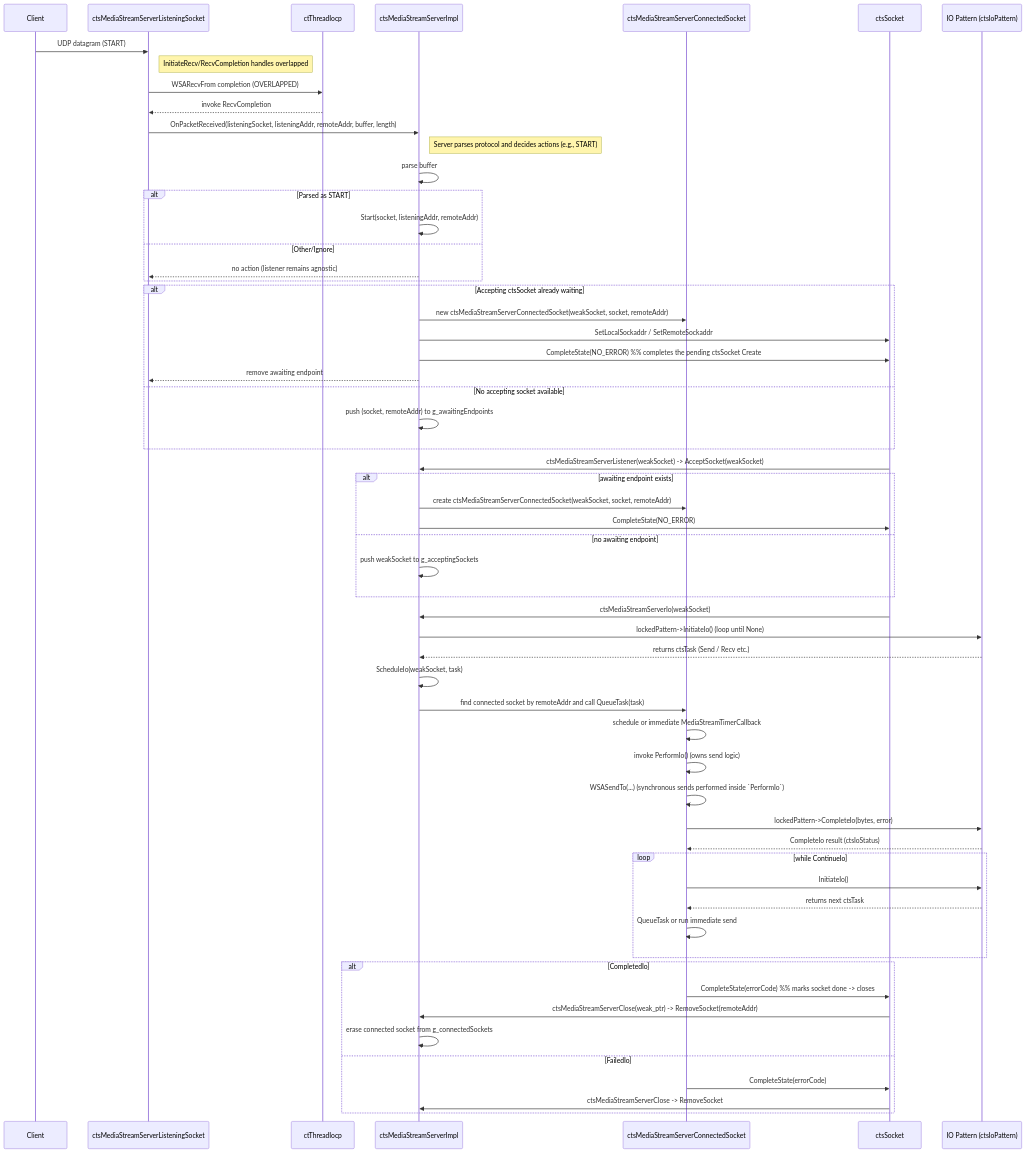
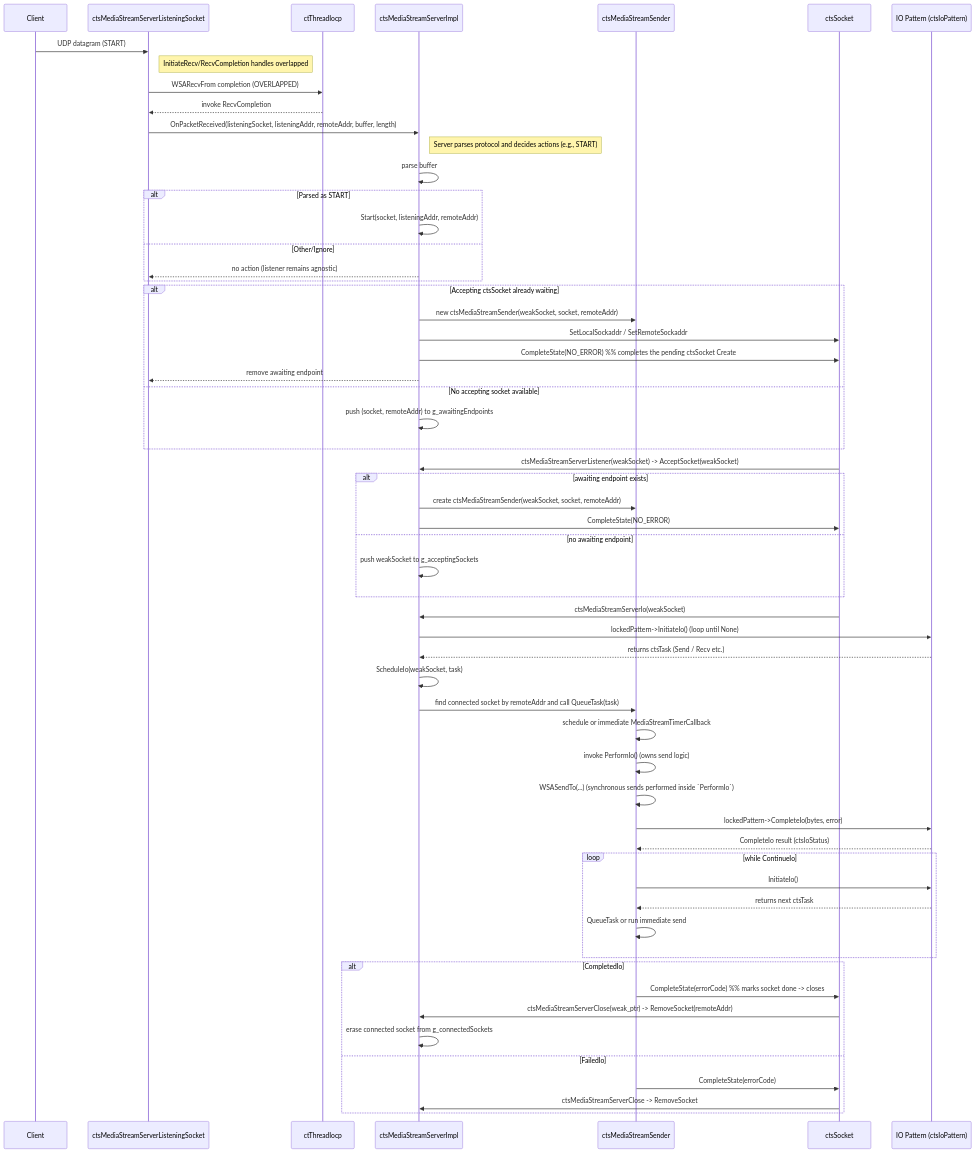
Before and after one commit to Alan-Jowett/ctsTraffic: the diagram in docs/ctsMediaStream_interactions.md, drawn with Mermaid. The commit also changed other lines of this file and 14 other files, not shown here.

````diff
--- a/docs/ctsMediaStream_interactions.md
+++ b/docs/ctsMediaStream_interactions.md
@@ -8,75 +8,75 @@
 ```mermaid
 sequenceDiagram
     participant Client
     participant Listener as ctsMediaStreamServerListeningSocket
     participant IOCP as ctThreadIocp
     participant Server as ctsMediaStreamServerImpl
-    participant Connected as ctsMediaStreamServerConnectedSocket
+    participant Connected as ctsMediaStreamSender
     participant ctsSocket as ctsSocket
     participant Pattern as IO Pattern (ctsIoPattern)
 
     %% Client -> Listening socket
     Client->>Listener: UDP datagram (START)
     Note right of Listener: InitiateRecv/RecvCompletion handles overlapped
     Listener->>IOCP: WSARecvFrom completion (OVERLAPPED)
     IOCP-->>Listener: invoke RecvCompletion
 
     %% ListeningSocket forwards raw packet to server (listener is protocol-agnostic)
     Listener->>Server: OnPacketReceived(listeningSocket, listeningAddr, remoteAddr, buffer, length)
     Note right of Server: Server parses protocol and decides actions (e.g., START)
 
     %% Server parsing -> decide action
     Server->>Server: parse buffer
     alt Parsed as START
       Server->>Server: Start(socket, listeningAddr, remoteAddr)
     else Other/Ignore
       Server-->>Listener: no action (listener remains agnostic)
     end
 
     alt Accepting ctsSocket already waiting
-      Server->>Connected: new ctsMediaStreamServerConnectedSocket(weakSocket, socket, remoteAddr)
+      Server->>Connected: new ctsMediaStreamSender(weakSocket, socket, remoteAddr)
         Server->>ctsSocket: SetLocalSockaddr / SetRemoteSockaddr
         Server->>ctsSocket: CompleteState(NO_ERROR)  %% completes the pending ctsSocket Create
         Server-->>Listener: remove awaiting endpoint
     else No accepting socket available
         Server->>Server: push (socket, remoteAddr) to g_awaitingEndpoints
     end
 
     %% ctsSocket actively asks to accept later
     ctsSocket->>Server: ctsMediaStreamServerListener(weakSocket) -> AcceptSocket(weakSocket)
     alt awaiting endpoint exists
-      Server->>Connected: create ctsMediaStreamServerConnectedSocket(weakSocket, socket, remoteAddr)
+      Server->>Connected: create ctsMediaStreamSender(weakSocket, socket, remoteAddr)
         Server->>ctsSocket: CompleteState(NO_ERROR)
     else no awaiting endpoint
         Server->>Server: push weakSocket to g_acceptingSockets
     end
 
     %% IO scheduling from ctsSocket / IO pattern
     ctsSocket->>Server: ctsMediaStreamServerIo(weakSocket)
     Server->>Pattern: lockedPattern->InitiateIo()  (loop until None)
     Pattern-->>Server: returns ctsTask (Send / Recv etc.)
     Server->>Server: ScheduleIo(weakSocket, task)
     Server->>Connected: find connected socket by remoteAddr and call QueueTask(task)
 
     Connected->>Connected: schedule or immediate MediaStreamTimerCallback
       Connected->>Connected: invoke PerformIo() (owns send logic)
       Connected->>Connected: WSASendTo(...) (synchronous sends performed inside `PerformIo`)
 
     Connected->>Pattern: lockedPattern->CompleteIo(bytes, error)
     Pattern-->>Connected: CompleteIo result (ctsIoStatus)
     loop while ContinueIo
         Connected->>Pattern: InitiateIo()
         Pattern-->>Connected: returns next ctsTask
         Connected->>Connected: QueueTask or run immediate send
     end
 
     alt CompletedIo
         Connected->>ctsSocket: CompleteState(errorCode)  %% marks socket done -> closes
         ctsSocket->>Server: ctsMediaStreamServerClose(weak_ptr) -> RemoveSocket(remoteAddr)
         Server->>Server: erase connected socket from g_connectedSockets
     else FailedIo
         Connected->>ctsSocket: CompleteState(errorCode)
         ctsSocket->>Server: ctsMediaStreamServerClose -> RemoveSocket
     end
 
 ```
````
